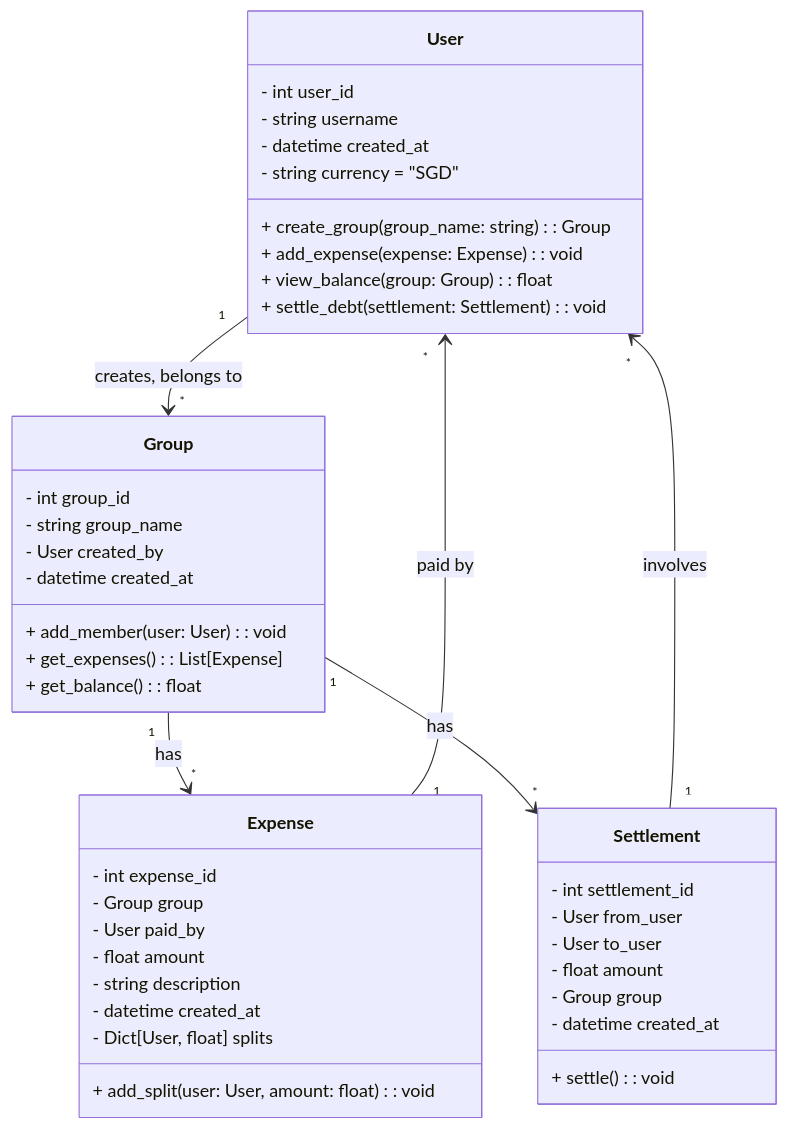
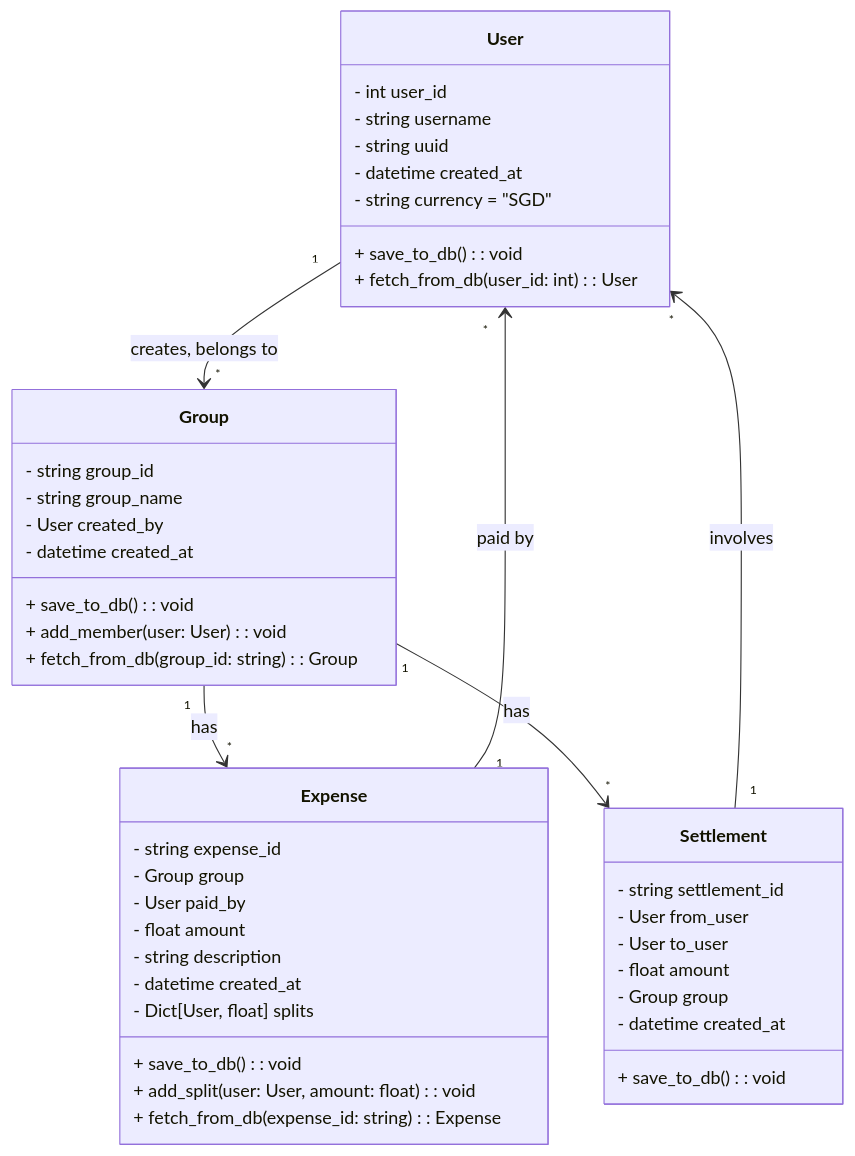
Before and after one commit to davidchanwz/coconutsplit: the second of 2 diagrams in README.md, drawn with Mermaid. The commit also changed other lines of this file and 1 other file, not shown here.

````diff
--- a/README.md
+++ b/README.md
@@ -208,51 +213,52 @@
 ```mermaid
 
 classDiagram
     class User {
         - int user_id
         - string username
+        - string uuid
         - datetime created_at
         - string currency = "SGD"
-        + create_group(group_name: string): Group
-        + add_expense(expense: Expense): void
-        + view_balance(group: Group): float
-        + settle_debt(settlement: Settlement): void
+        + save_to_db(): void
+        + fetch_from_db(user_id: int): User
     }
     
     class Group {
-        - int group_id
+        - string group_id
         - string group_name
         - User created_by
         - datetime created_at
+        + save_to_db(): void
         + add_member(user: User): void
-        + get_expenses(): List[Expense]
-        + get_balance(): float
+        + fetch_from_db(group_id: string): Group
     }
 
     class Expense {
-        - int expense_id
+        - string expense_id
         - Group group
         - User paid_by
         - float amount
         - string description
         - datetime created_at
         - Dict[User, float] splits
+        + save_to_db(): void
         + add_split(user: User, amount: float): void
+        + fetch_from_db(expense_id: string): Expense
     }
 
     class Settlement {
-        - int settlement_id
+        - string settlement_id
         - User from_user
         - User to_user
         - float amount
         - Group group
         - datetime created_at
-        + settle(): void
+        + save_to_db(): void
     }
 
     User "1" --> "*" Group : creates, belongs to
     Group "1" --> "*" Expense : has
     Expense "1" --> "*" User : paid by
     Group "1" --> "*" Settlement : has
     Settlement "1" --> "*" User : involves
 ```
````
